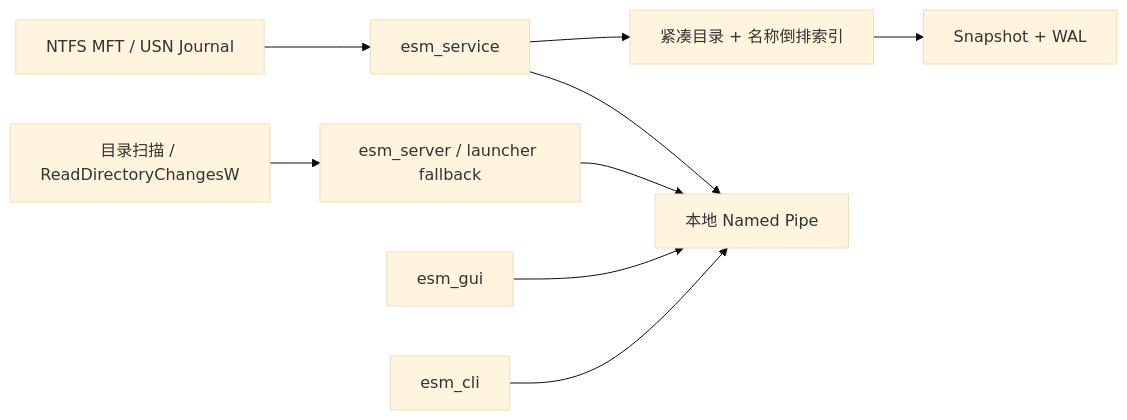
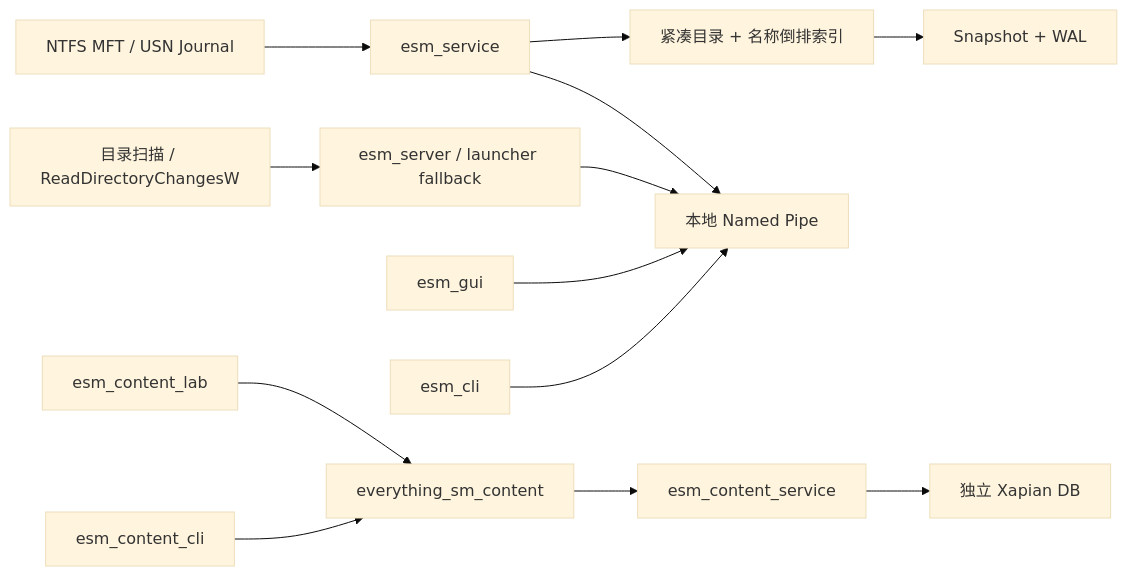
One commit to sunfengsheng/esm changed the diagram in README.md. Above: the diagram before and after it, drawn with Mermaid (base theme). The commit also changed other lines of this file and 1353 other files, not shown here.

Commit message:
feat(content): vendor Xapian and add isolated content search

````diff
--- a/README.md
+++ b/README.md
@@ -83,11 +88,15 @@
 ```mermaid
 flowchart LR
     NTFS["NTFS MFT / USN Journal"] --> Service["esm_service"]
     Fallback["目录扫描 / ReadDirectoryChangesW"] --> Server["esm_server / launcher fallback"]
     Service --> Catalog["紧凑目录 + 名称倒排索引"]
     Catalog --> Persist["Snapshot + WAL"]
     Service --> Pipe["本地 Named Pipe"]
     Server --> Pipe
     GUI["esm_gui"] --> Pipe
     CLI["esm_cli"] --> Pipe
+    ContentLab["esm_content_lab"] --> ContentPipe["everything_sm_content"]
+    ContentCLI["esm_content_cli"] --> ContentPipe
+    ContentPipe --> ContentService["esm_content_service"]
+    ContentService --> Xapian["独立 Xapian DB"]
 ```
````
